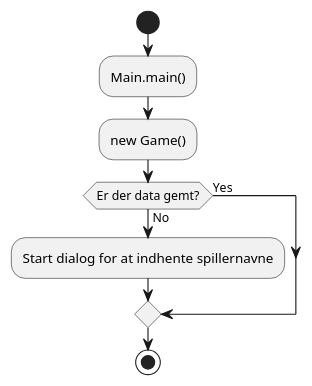
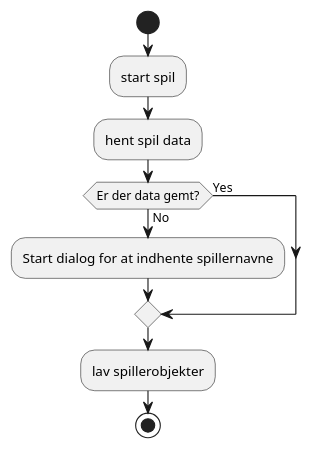
One commit to tessG/Monopoly24 changed the diagram in doc/setup.puml. Above: the diagram before and after it, drawn with PlantUML. The commit also changed 8 other files, not shown here.

```diff
--- a/doc/setup.puml
+++ b/doc/setup.puml
@@ -1,17 +1,17 @@
 @startuml
 'https://plantuml.com/activity-diagram-beta
 
 start
-:Main.main();
-:new Game();
+:start spil;
+:hent spil data;
 if (Er der data gemt?) then (Yes)
 
    else (No)
      :Start dialog for at indhente spillernavne;
 
       endif
 
-
+:lav spillerobjekter;
 stop
 
 @enduml
```
